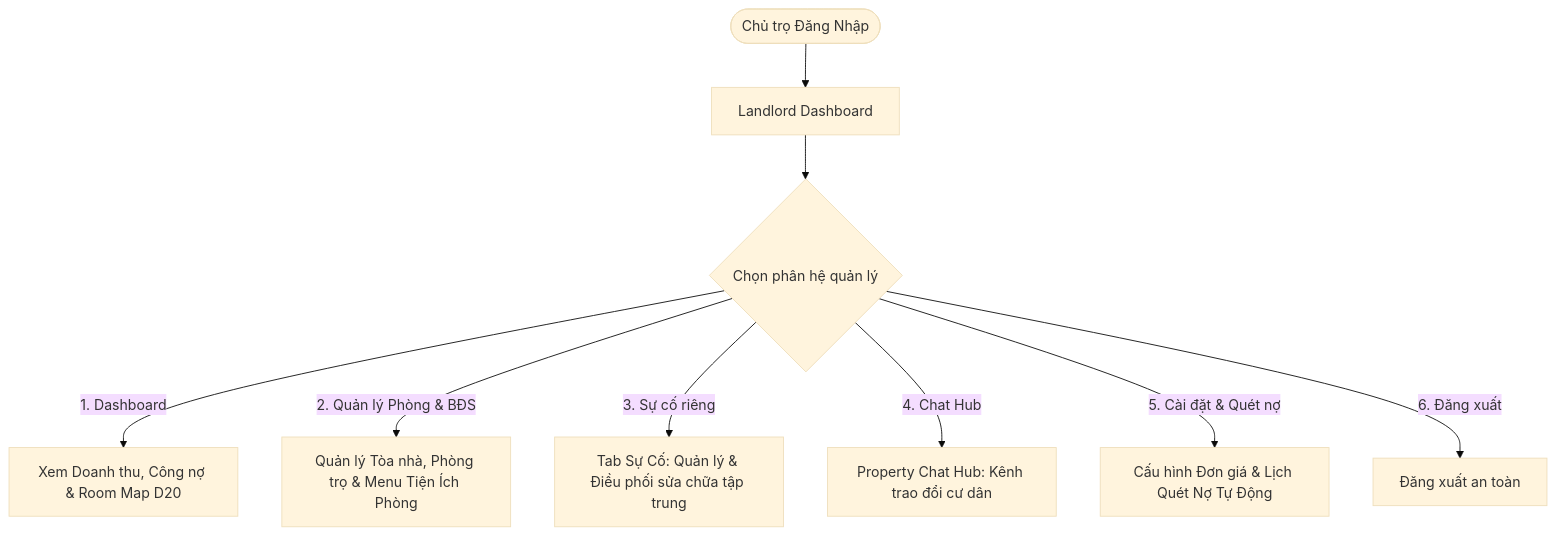
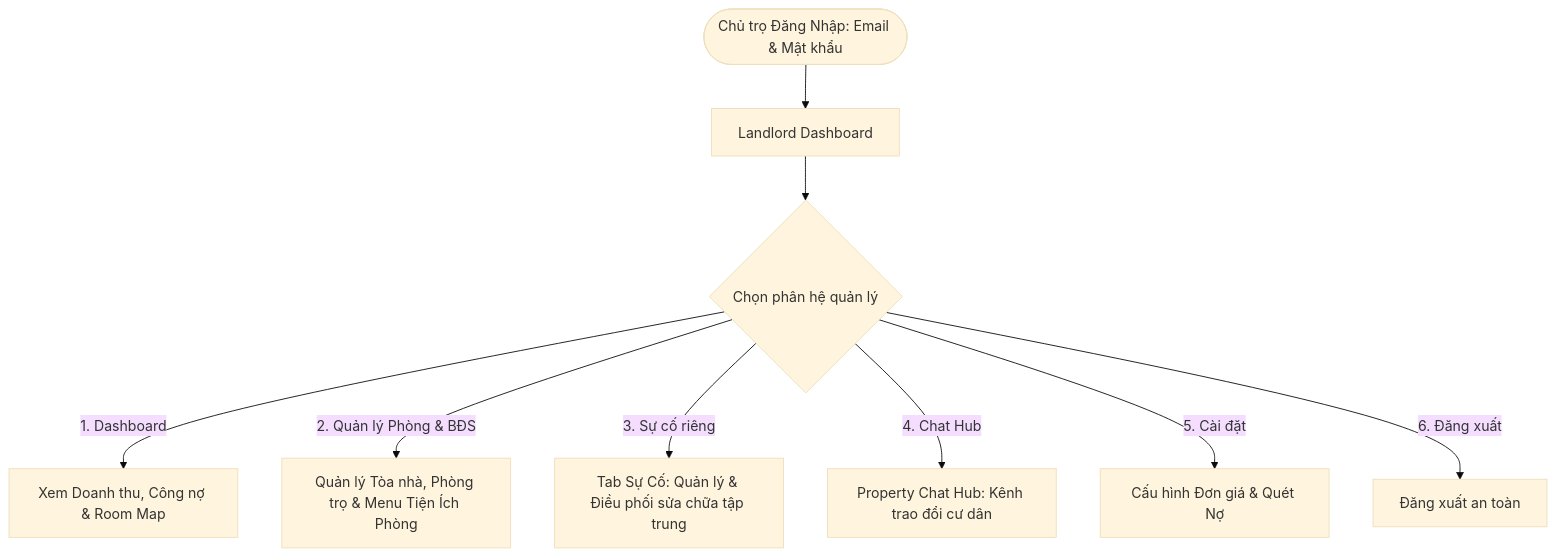
One commit to pbl6-home-renter/docs changed the first of 8 diagrams in phase-1/discovery/user_flow/landlord_user_flow.md. Above: the diagram before and after it, drawn with Mermaid (base theme). The commit also changed other lines of this file and 6 other files, not shown here.

````diff
--- a/phase-1/discovery/user_flow/landlord_user_flow.md
+++ b/phase-1/discovery/user_flow/landlord_user_flow.md
@@ -40,12 +39,12 @@
 ```mermaid
 flowchart TD
-    StartLL([Chủ trọ Đăng Nhập]) --> HomeLL[Landlord Dashboard]
+    StartLL([Chủ trọ Đăng Nhập: Email & Mật khẩu]) --> HomeLL[Landlord Dashboard]
     HomeLL --> MainNav{Chọn phân hệ quản lý}
     
-    MainNav -->|1. Dashboard| TabDash[Xem Doanh thu, Công nợ & Room Map D20]
+    MainNav -->|1. Dashboard| TabDash[Xem Doanh thu, Công nợ & Room Map]
     MainNav -->|2. Quản lý Phòng & BĐS| TabProp[Quản lý Tòa nhà, Phòng trọ & Menu Tiện Ích Phòng]
     MainNav -->|3. Sự cố riêng| TabIssues[Tab Sự Cố: Quản lý & Điều phối sửa chữa tập trung]
     MainNav -->|4. Chat Hub| TabChat[Property Chat Hub: Kênh trao đổi cư dân]
-    MainNav -->|5. Cài đặt & Quét nợ| TabSettings[Cấu hình Đơn giá & Lịch Quét Nợ Tự Động]
+    MainNav -->|5. Cài đặt| TabSettings[Cấu hình Đơn giá & Quét Nợ]
     MainNav -->|6. Đăng xuất| LogoutLL[Đăng xuất an toàn]
 ```
````
